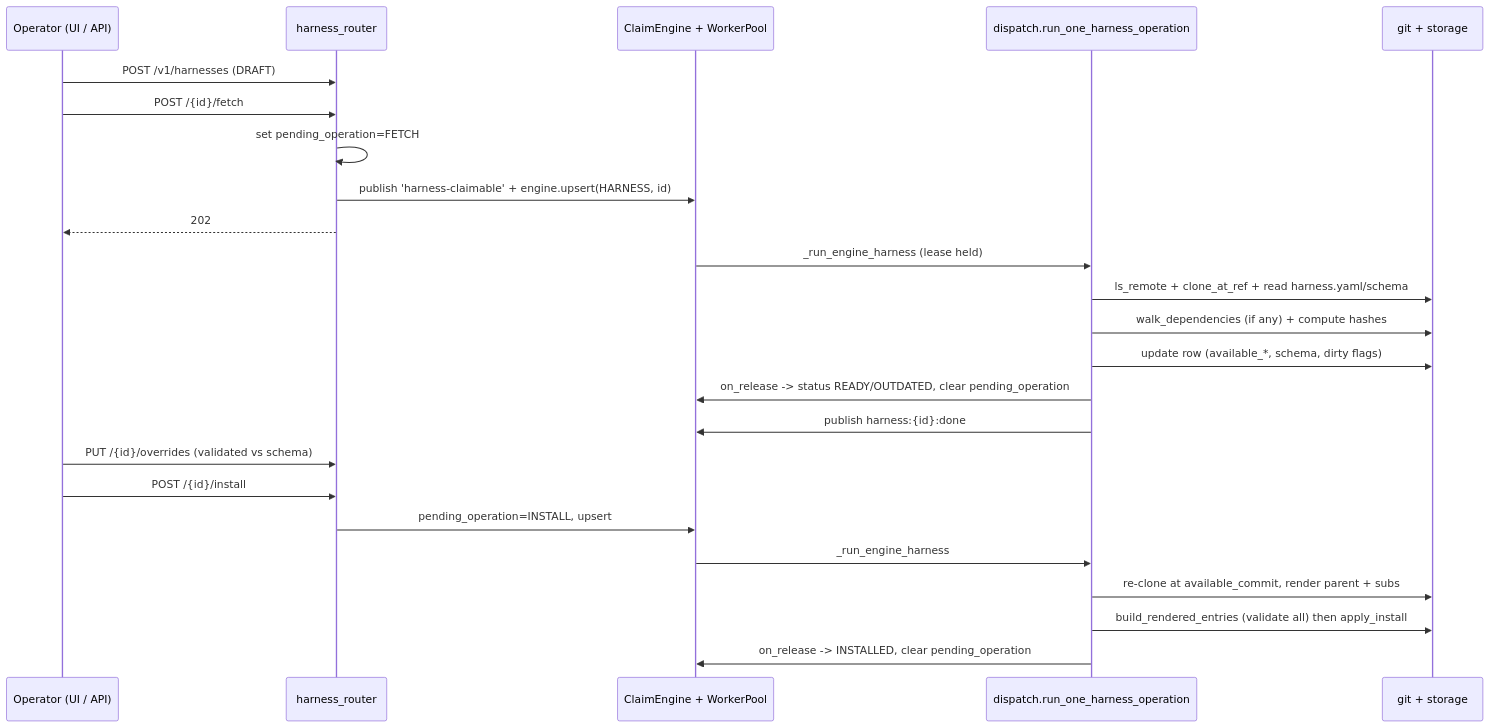
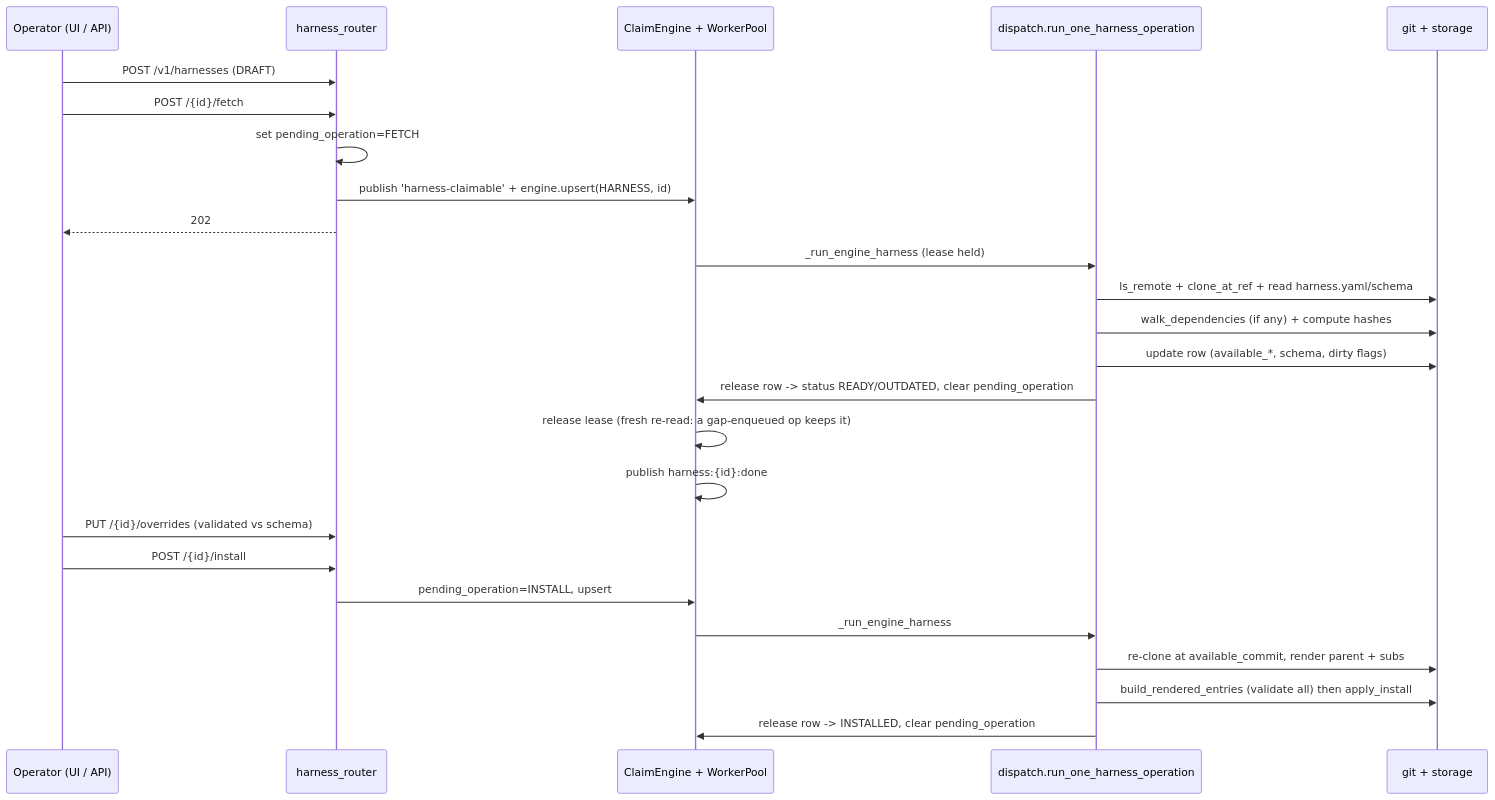
One commit to primerhq/primer changed the third of 3 diagrams in docs/dev/subsystems/harness.md. Above: the diagram before and after it, drawn with Mermaid. The commit also changed other lines of this file and 495 other files, not shown here.

````diff
--- a/docs/dev/subsystems/harness.md
+++ b/docs/dev/subsystems/harness.md
@@ -102,27 +103,28 @@
 ```mermaid
 sequenceDiagram
     participant Op as Operator (UI / API)
     participant R as harness_router
     participant E as ClaimEngine + WorkerPool
     participant D as dispatch.run_one_harness_operation
     participant G as git + storage
 
     Op->>R: POST /v1/harnesses (DRAFT)
     Op->>R: POST /{id}/fetch
     R->>R: set pending_operation=FETCH
     R->>E: publish 'harness-claimable' + engine.upsert(HARNESS, id)
     R-->>Op: 202
     E->>D: _run_engine_harness (lease held)
     D->>G: ls_remote + clone_at_ref + read harness.yaml/schema
     D->>G: walk_dependencies (if any) + compute hashes
     D->>G: update row (available_*, schema, dirty flags)
-    D->>E: on_release -> status READY/OUTDATED, clear pending_operation
-    D->>E: publish harness:{id}:done
+    D->>E: release row -> status READY/OUTDATED, clear pending_operation
+    E->>E: release lease (fresh re-read: a gap-enqueued op keeps it)
+    E->>E: publish harness:{id}:done
     Op->>R: PUT /{id}/overrides (validated vs schema)
     Op->>R: POST /{id}/install
     R->>E: pending_operation=INSTALL, upsert
     E->>D: _run_engine_harness
     D->>G: re-clone at available_commit, render parent + subs
     D->>G: build_rendered_entries (validate all) then apply_install
-    D->>E: on_release -> INSTALLED, clear pending_operation
+    D->>E: release row -> INSTALLED, clear pending_operation
 ```
````
